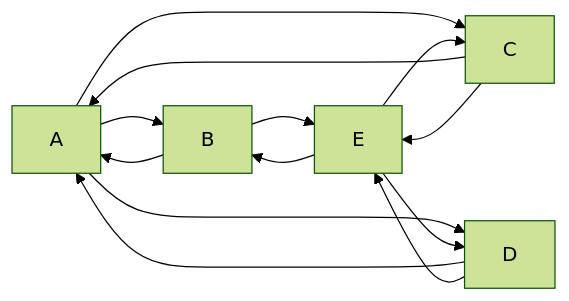
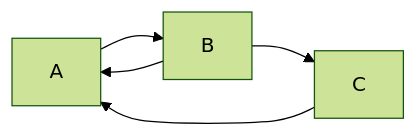
Before and after one commit to mihajjk/Ccharp_training: the diagram in test.md, drawn with Mermaid (forest theme).

````diff
--- a/test.md
+++ b/test.md
@@ -1,8 +1,6 @@
 ```mermaid
 graph LR
-    A--> B & C & D;
-    B--> A & E;
-    C--> A & E;
-    D--> A & E;
-    E--> B & C & D;
+    A--> B;
+    B--> A & C;
+    C--> A;
 ```
````
